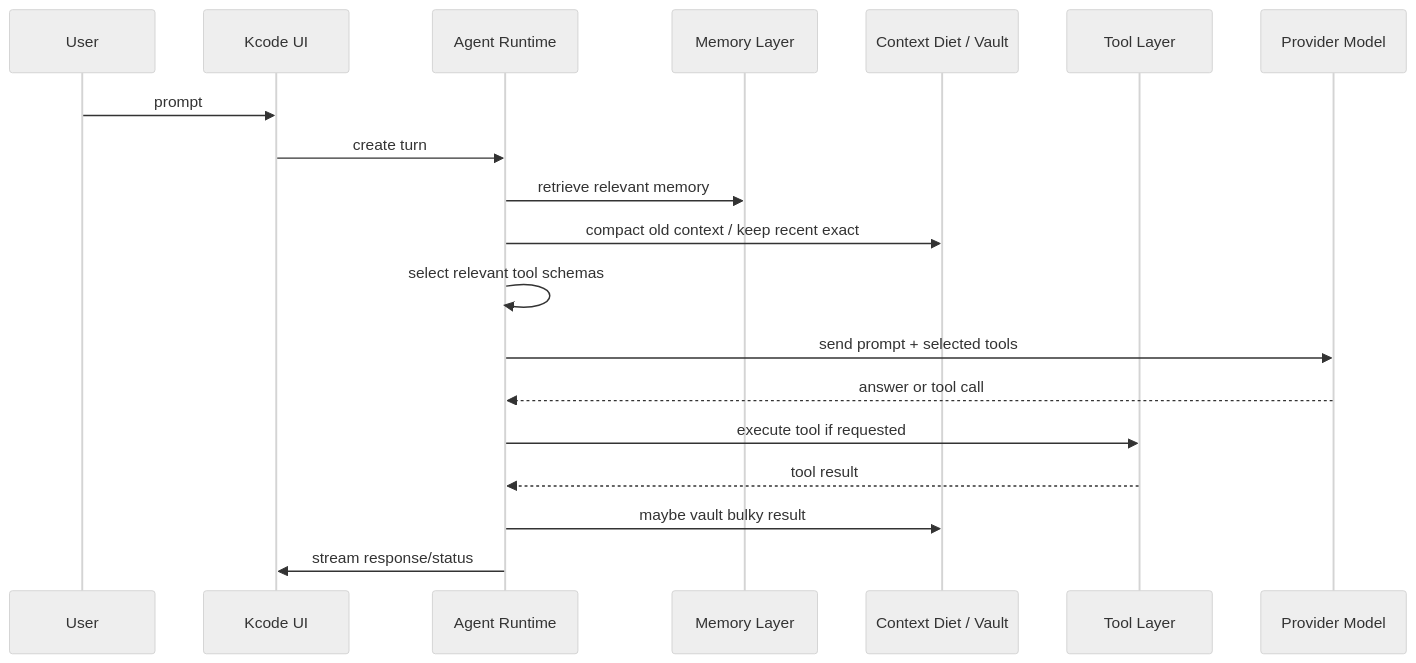
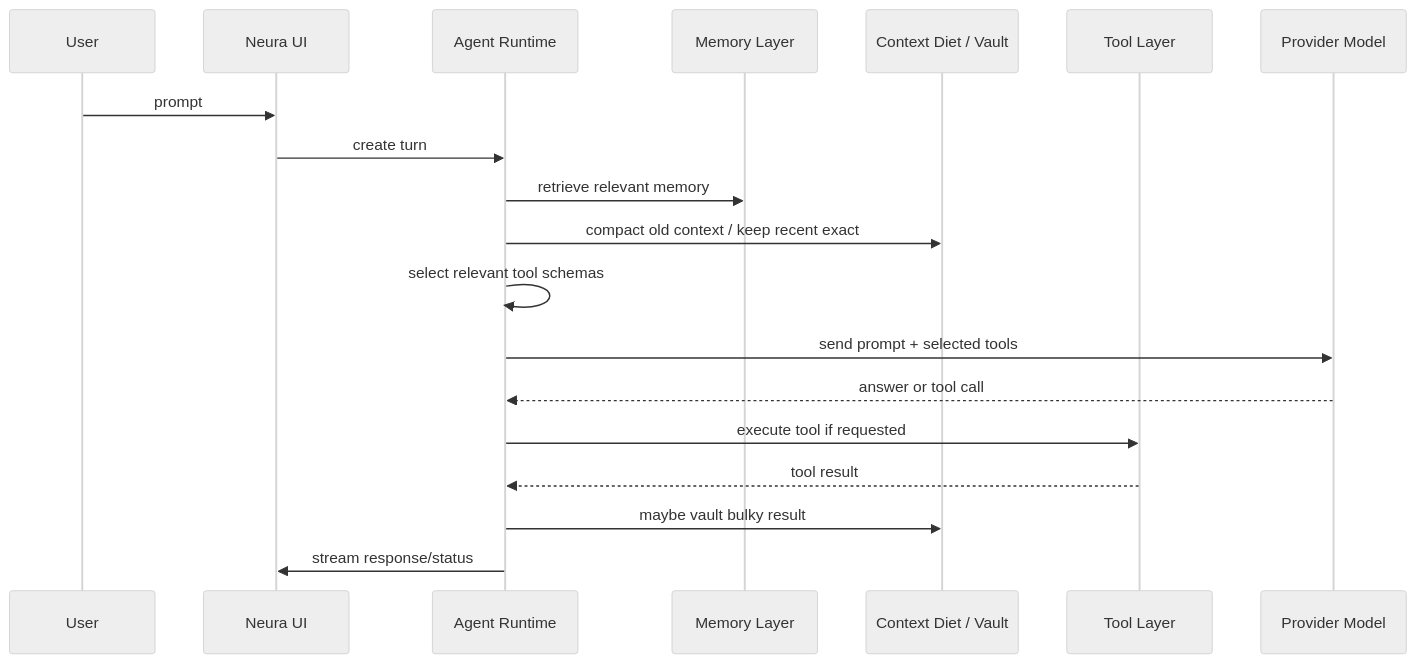
One commit to icedmoca/neura changed the second of 9 diagrams in docs/ru.md. Above: the diagram before and after it, drawn with Mermaid (neutral theme). The commit also changed other lines of this file and 562 other files, not shown here.

Commit message:
Rename Kcode to Neura

````diff
--- a/docs/ru.md
+++ b/docs/ru.md
@@ -41,22 +41,22 @@
 ```mermaid
 sequenceDiagram
     participant U as User
-    participant UI as Kcode UI
+    participant UI as Neura UI
     participant A as Agent Runtime
     participant Mem as Memory Layer
     participant Ctx as Context Diet / Vault
     participant Tool as Tool Layer
     participant P as Provider Model
 
     U->>UI: prompt
     UI->>A: create turn
     A->>Mem: retrieve relevant memory
     A->>Ctx: compact old context / keep recent exact
     A->>A: select relevant tool schemas
     A->>P: send prompt + selected tools
     P-->>A: answer or tool call
     A->>Tool: execute tool if requested
     Tool-->>A: tool result
     A->>Ctx: maybe vault bulky result
     A->>UI: stream response/status
 ```
````
